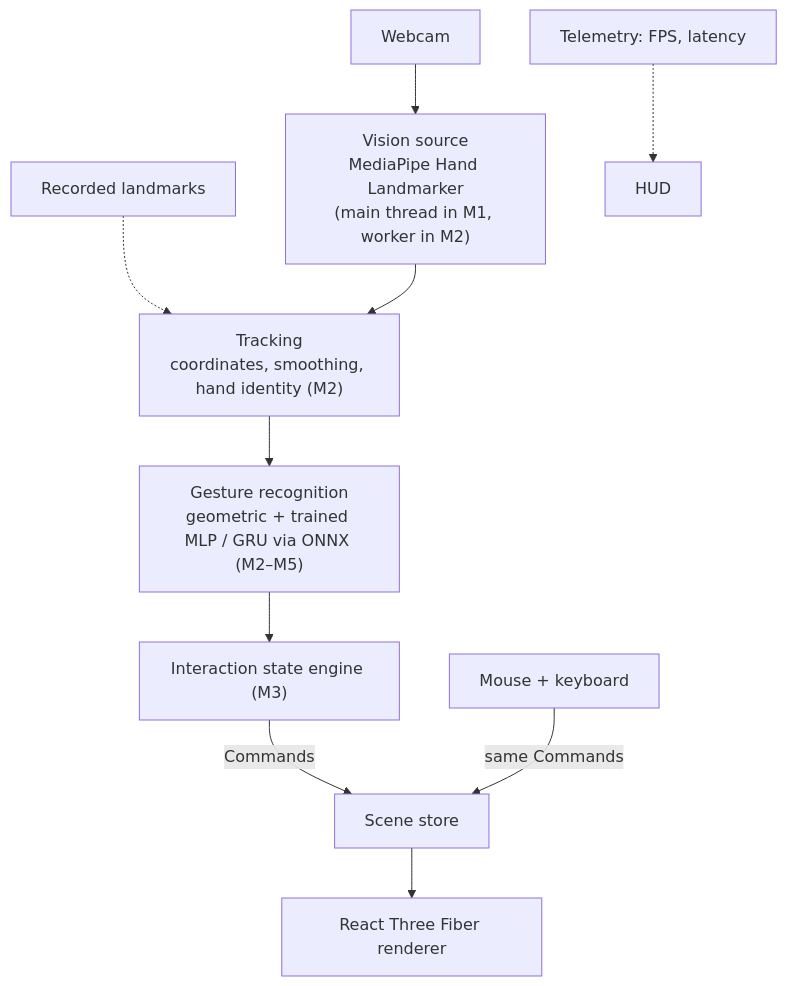
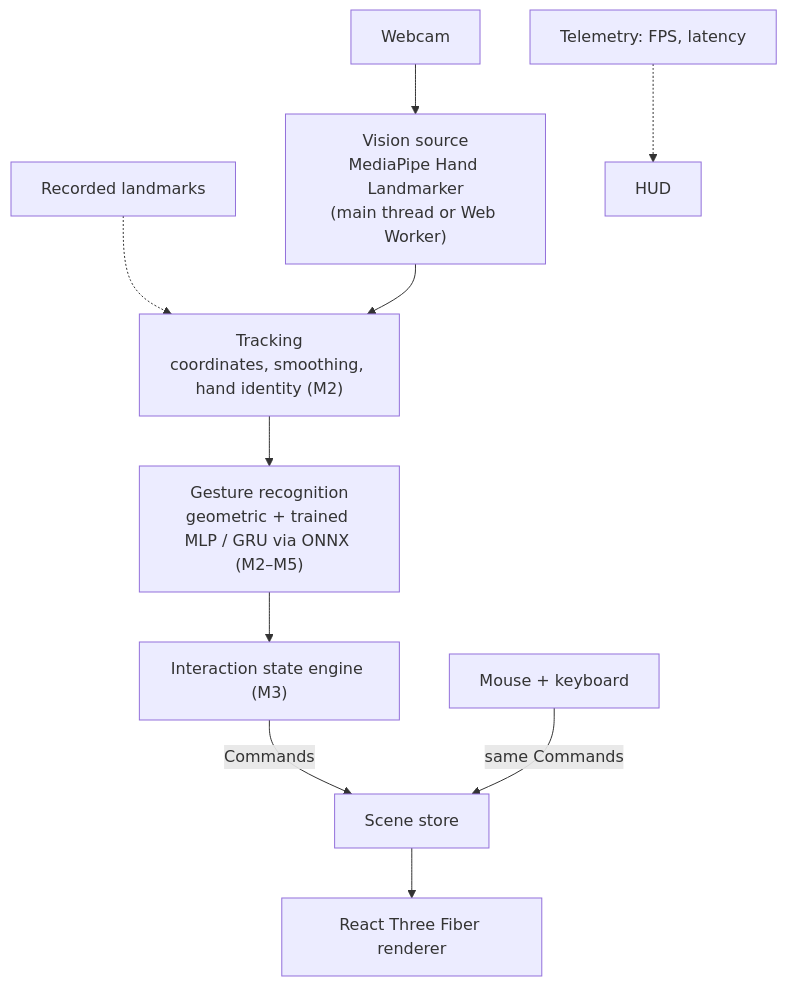
The diagram in README.md (TracyyT/gestur3d), drawn with Mermaid before and after one commit. The commit also changed other lines of this file and 4 other files, not shown here.

First line of the commit message:
Run hand detection on the main thread by default

````diff
--- a/README.md
+++ b/README.md
@@ -25,12 +25,12 @@
 ```mermaid
 flowchart TD
-  cam[Webcam] --> vision["Vision source<br/>MediaPipe Hand Landmarker<br/>(main thread in M1, worker in M2)"]
+  cam[Webcam] --> vision["Vision source<br/>MediaPipe Hand Landmarker<br/>(main thread or Web Worker)"]
   replay[Recorded landmarks] -.-> tracking
   vision --> tracking["Tracking<br/>coordinates, smoothing, hand identity (M2)"]
   tracking --> recog["Gesture recognition<br/>geometric + trained MLP / GRU via ONNX (M2–M5)"]
   recog --> engine["Interaction state engine (M3)"]
   engine -->|Commands| store[Scene store]
   mk[Mouse + keyboard] -->|same Commands| store
   store --> render[React Three Fiber renderer]
   telemetry[Telemetry: FPS, latency] -.-> hud[HUD]
 ```
````
